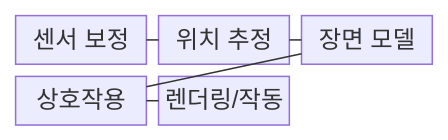
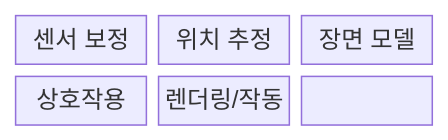
One commit to agnusdei1207/knowledge-base changed the first of 2 diagrams in src/content/docs/notes/08-latest-tech/225_spatial_computing.md. Above: the diagram before and after it, drawn with Mermaid. The commit also changed other lines of this file and 228 other files, not shown here.

````diff
--- a/src/content/docs/notes/08-latest-tech/225_spatial_computing.md
+++ b/src/content/docs/notes/08-latest-tech/225_spatial_computing.md
@@ -53,13 +51,11 @@
 ```mermaid
 block-beta
   columns 3
-  A["센서 보정"]
-  B["위치 추정"]
-  C["장면 모델"]
-  D["상호작용"]
-  E["렌더링/작동"]
-  A --- B
-  B --- C
-  C --- D
-  D --- E
+  N0["센서 보정"]
+  N1["위치 추정"]
+  N2["장면 모델"]
+  N3["상호작용"]
+  N4["렌더링/작동"]
+  N0 --- N1 --- N2
+  N2 --- N3 --- N4
 ```
````
